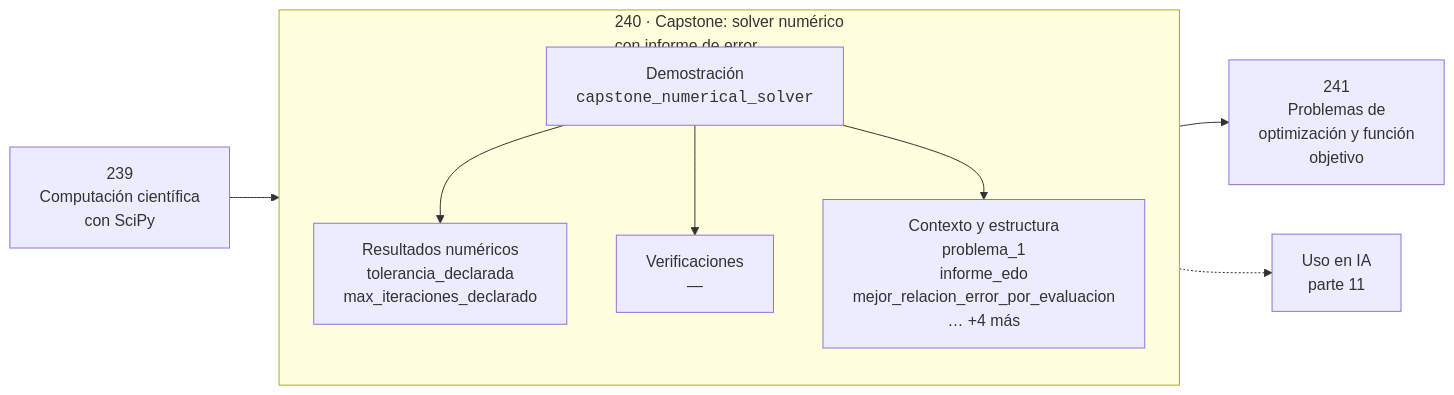
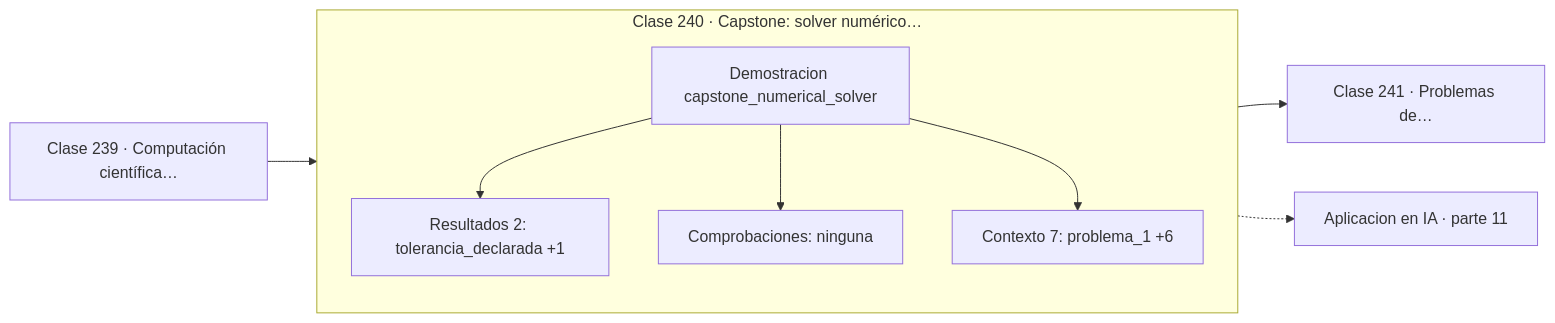
Before and after one commit to vladimiracunadev-create/computational-mathematics-program: the diagram in classes/part-11-metodos-numericos-y-computacion-cientifica/240-capstone-solver-numerico-con-informe-de-error/README.md, drawn with Mermaid. The commit also changed 389 other files, not shown here.

First line of the commit message:
fix(diagramas): elimina el HTML de las etiquetas Mermaid

````diff
--- a/classes/part-11-metodos-numericos-y-computacion-cientifica/240-capstone-solver-numerico-con-informe-de-error/README.md
+++ b/classes/part-11-metodos-numericos-y-computacion-cientifica/240-capstone-solver-numerico-con-informe-de-error/README.md
@@ -30,12 +30,13 @@
 ```mermaid
 flowchart LR
-    P["239<br/>Computación científica<br/>con SciPy"] --> C
-    subgraph C["240 · Capstone: solver numérico<br/>con informe de error"]
+    P["Clase 239 · Computación científica…"] --> D
+    subgraph CLASE["Clase 240 · Capstone: solver numérico…"]
         direction TB
-        D["Demostración<br/><code>capstone_numerical_solver</code>"] --> R["Resultados numéricos<br/>tolerancia_declarada<br/>max_iteraciones_declarado"]
-        D --> V["Verificaciones<br/>—"]
-        D --> O["Contexto y estructura<br/>problema_1<br/>informe_edo<br/>mejor_relacion_error_por_evaluacion<br/>… +4 más"]
+        D["Demostracion capstone_numerical_solver"]
+        D --> R["Resultados 2: tolerancia_declarada +1"]
+        D --> V["Comprobaciones: ninguna"]
+        D --> O["Contexto 7: problema_1 +6"]
     end
-    C --> N["241<br/>Problemas de<br/>optimización y función<br/>objetivo"]
-    C -.-> IA["Uso en IA<br/>parte 11"]
+    R --> N["Clase 241 · Problemas de…"]
+    V -.-> IA["Aplicacion en IA · parte 11"]
 ```
````
